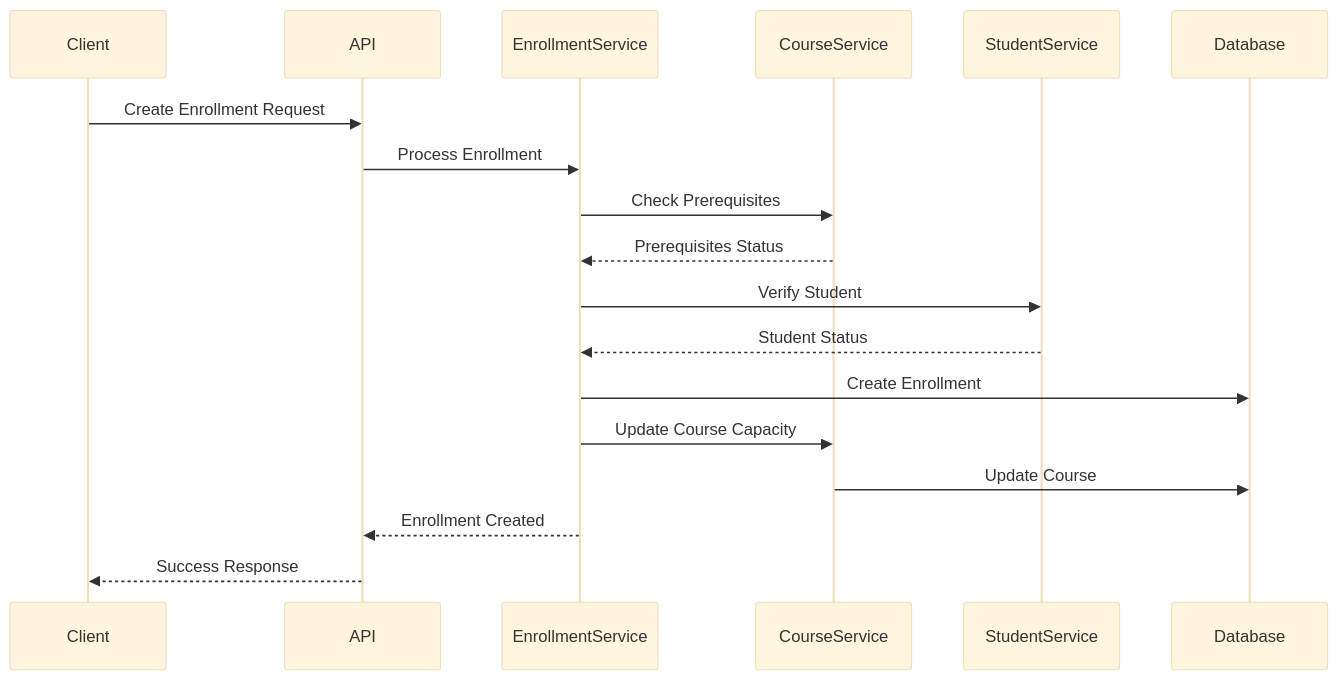
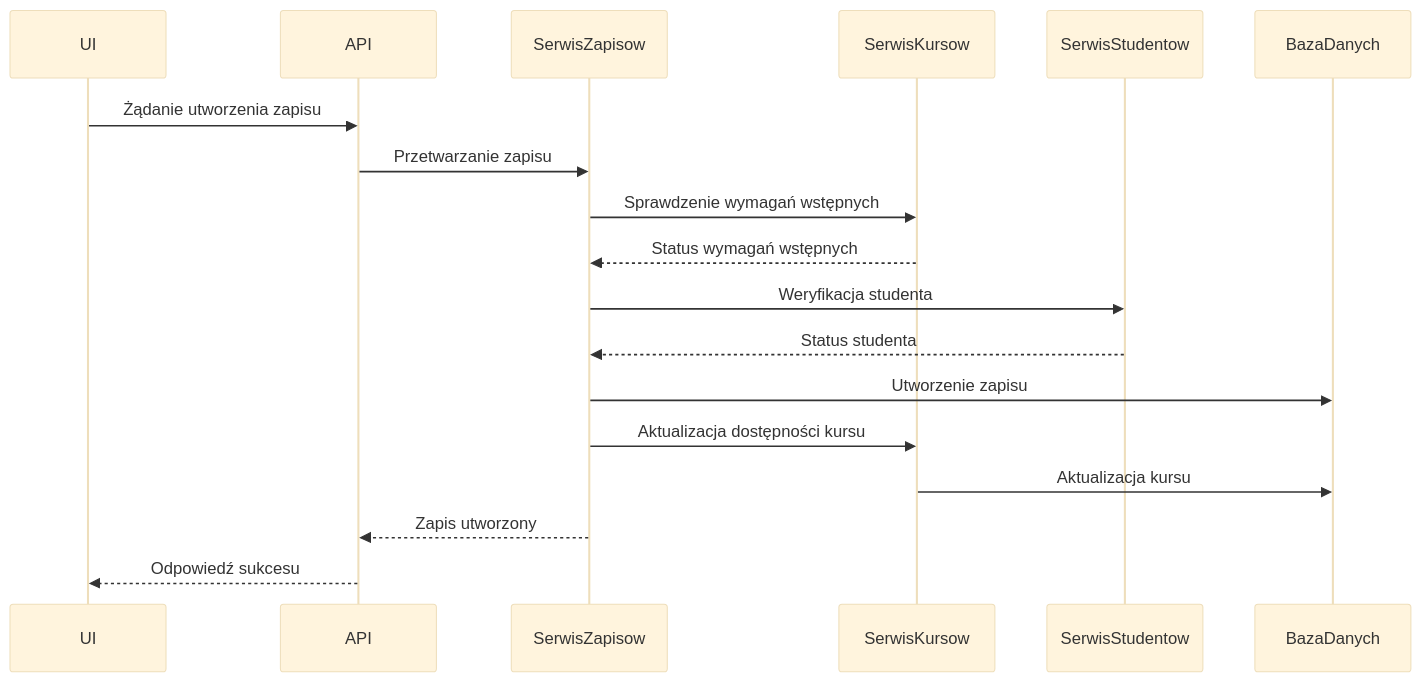
Before and after one commit to inc00gnito/master-thesis: the second of 4 diagrams in monolithic-arch.md, drawn with Mermaid (base theme).

````diff
--- a/monolithic-arch.md
+++ b/monolithic-arch.md
@@ -33,21 +33,21 @@
 ```mermaid
 sequenceDiagram
-    participant Client
+    participant UI
     participant API
-    participant EnrollmentService
-    participant CourseService
-    participant StudentService
-    participant Database
+    participant SerwisZapisow
+    participant SerwisKursow
+    participant SerwisStudentow
+    participant BazaDanych
 
-    Client->>API: Create Enrollment Request
-    API->>EnrollmentService: Process Enrollment
-    EnrollmentService->>CourseService: Check Prerequisites
-    CourseService-->>EnrollmentService: Prerequisites Status
-    EnrollmentService->>StudentService: Verify Student
-    StudentService-->>EnrollmentService: Student Status
-    EnrollmentService->>Database: Create Enrollment
-    EnrollmentService->>CourseService: Update Course Capacity
-    CourseService->>Database: Update Course
-    EnrollmentService-->>API: Enrollment Created
-    API-->>Client: Success Response
+    UI->>API: Żądanie utworzenia zapisu
+    API->>SerwisZapisow: Przetwarzanie zapisu
+    SerwisZapisow->>SerwisKursow: Sprawdzenie wymagań wstępnych
+    SerwisKursow-->>SerwisZapisow: Status wymagań wstępnych
+    SerwisZapisow->>SerwisStudentow: Weryfikacja studenta
+    SerwisStudentow-->>SerwisZapisow: Status studenta
+    SerwisZapisow->>BazaDanych: Utworzenie zapisu
+    SerwisZapisow->>SerwisKursow: Aktualizacja dostępności kursu
+    SerwisKursow->>BazaDanych: Aktualizacja kursu
+    SerwisZapisow-->>API: Zapis utworzony
+    API-->>UI: Odpowiedź sukcesu
 ```
````
